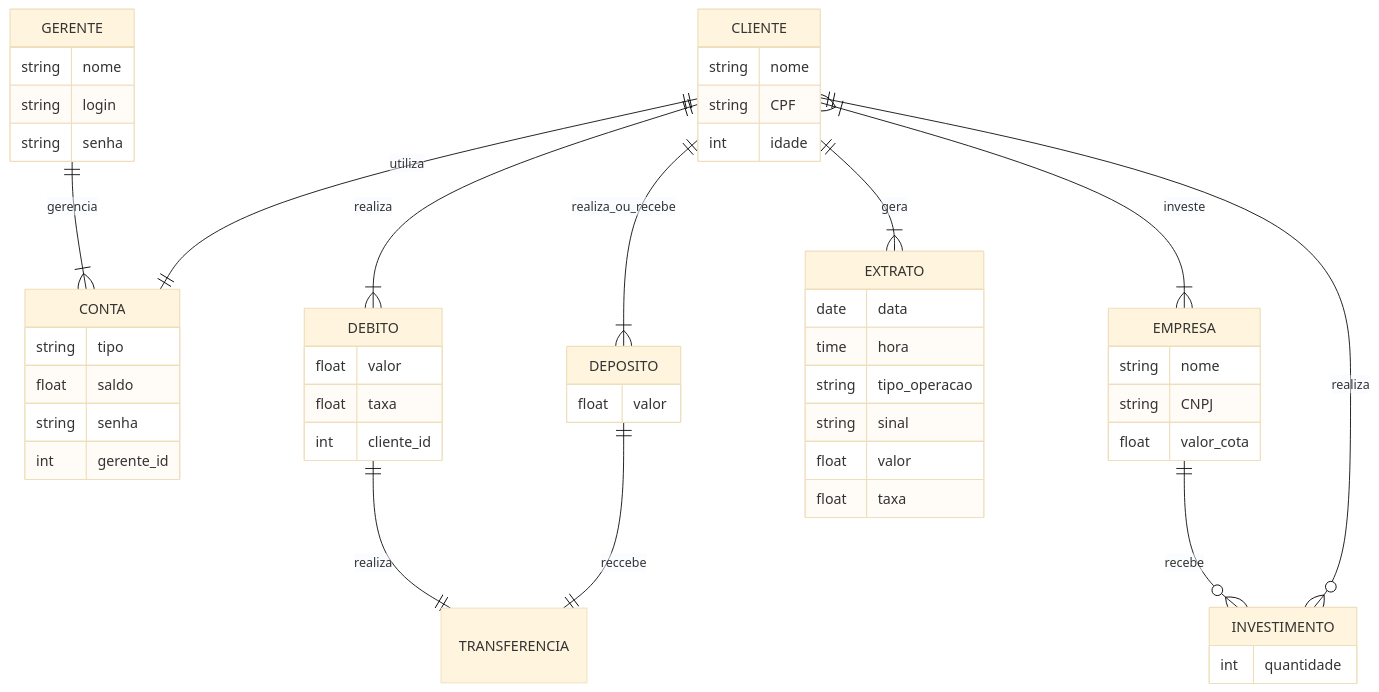
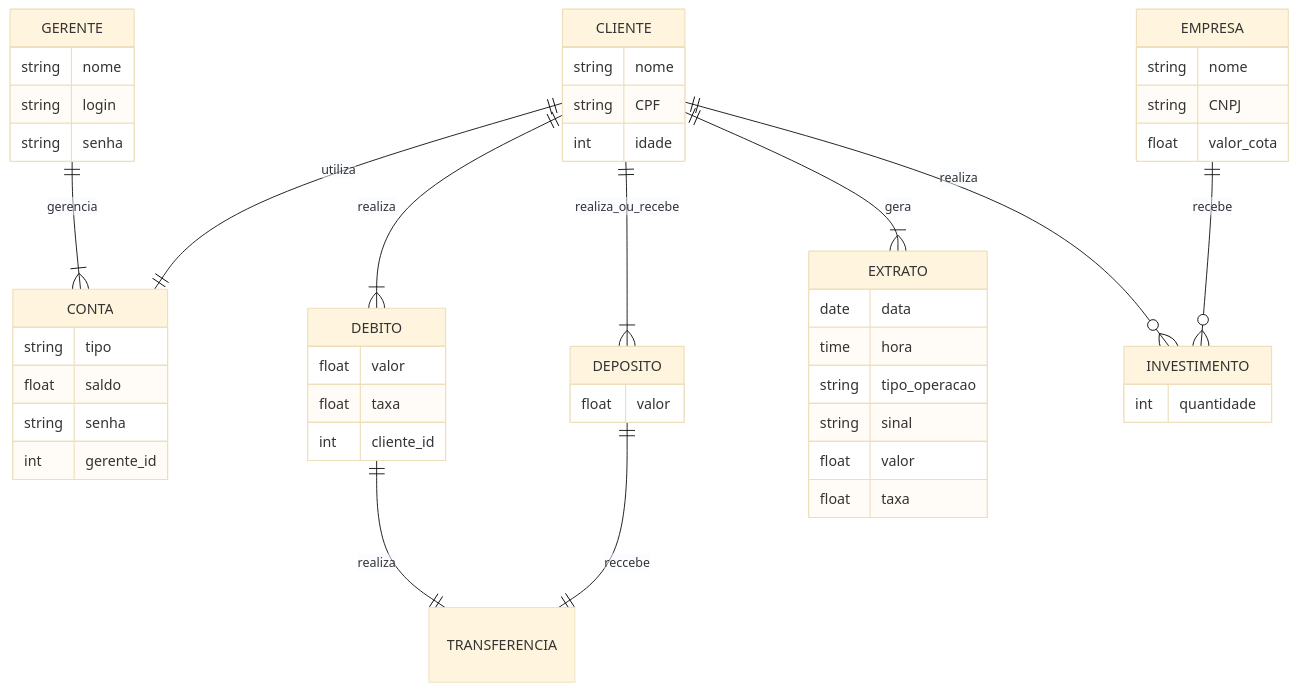
One commit to iagorosa28/banco_quempoupatem_banco_de_dados changed the first of 2 diagrams in README.md. Above: the diagram before and after it, drawn with Mermaid (base theme).

```diff
--- a/README.md
+++ b/README.md
@@ -89,7 +89,7 @@
     DEBITO   || -- || TRANSFERENCIA : realiza
     DEPOSITO || -- || TRANSFERENCIA : reccebe
     CLIENTE  || -- |{ EXTRATO : gera
-    CLIENTE  }| -- |{ EMPRESA : investe 
+    %%CLIENTE  }| -- |{ EMPRESA : investe 
     CLIENTE  || -- o{ INVESTIMENTO : realiza
     EMPRESA || -- o{ INVESTIMENTO : recebe
 
```
